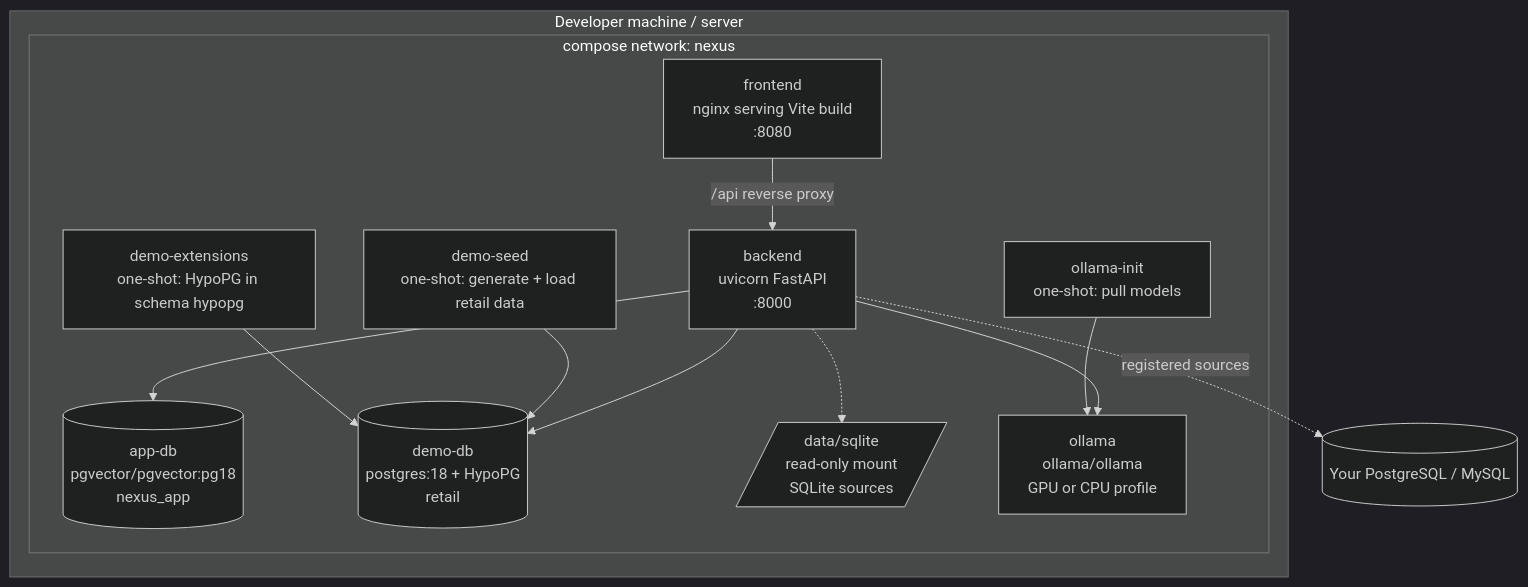
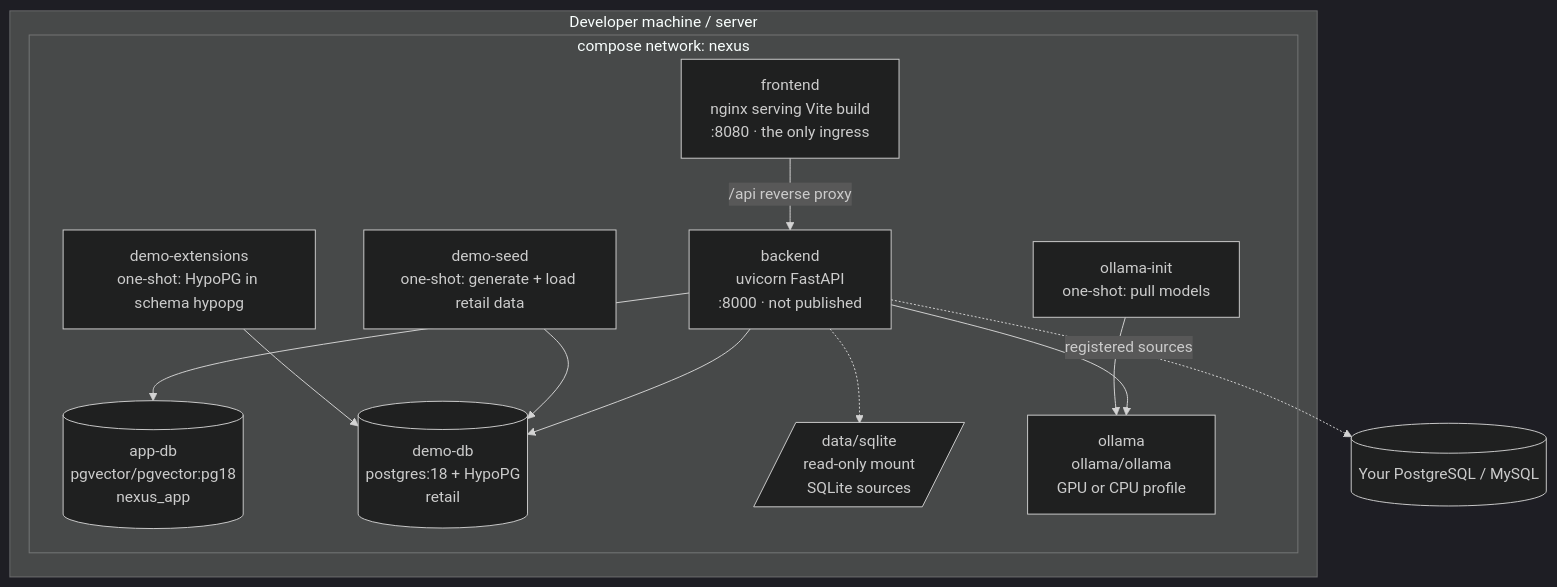
The second of 8 diagrams in docs/ARCHITECTURE.md (ErickEchea/Agente-aut-nomo-Text-to-SQL), drawn with Mermaid (dark theme) before and after one commit. The commit also changed other lines of this file and 5 other files, not shown here.

````diff
--- a/docs/ARCHITECTURE.md
+++ b/docs/ARCHITECTURE.md
@@ -45,25 +46,25 @@
 ```mermaid
 flowchart TB
     subgraph host[Developer machine / server]
         subgraph net[compose network: nexus]
-            frontend[frontend<br/>nginx serving Vite build<br/>:8080]
-            backend[backend<br/>uvicorn FastAPI<br/>:8000]
+            frontend[frontend<br/>nginx serving Vite build<br/>:8080 · the only ingress]
+            backend[backend<br/>uvicorn FastAPI<br/>:8000 · not published]
             appdb[(app-db<br/>pgvector/pgvector:pg18<br/>nexus_app)]
             demodb[(demo-db<br/>postgres:18 + HypoPG<br/>retail)]
             ext[demo-extensions<br/>one-shot: HypoPG in schema hypopg]
             sqlite[/data/sqlite<br/>read-only mount<br/>SQLite sources/]
             ollama[ollama<br/>ollama/ollama<br/>GPU or CPU profile]
             init[ollama-init<br/>one-shot: pull models]
             seed[demo-seed<br/>one-shot: generate + load retail data]
         end
     end
     frontend -->|/api reverse proxy| backend
     backend --> appdb
     backend --> demodb
     backend --> ollama
     init --> ollama
     seed --> demodb
     ext --> demodb
     backend -.-> sqlite
     backend -.->|registered sources| extdb[(Your PostgreSQL / MySQL)]
 ```
````
